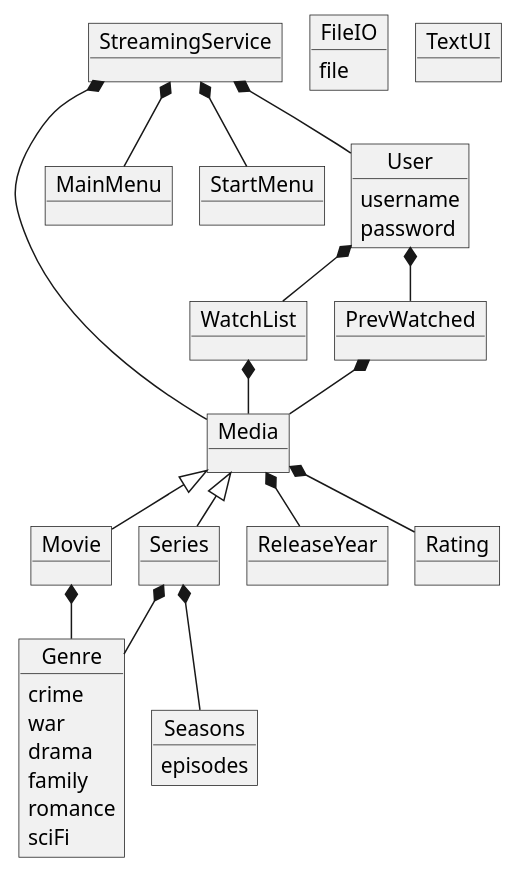
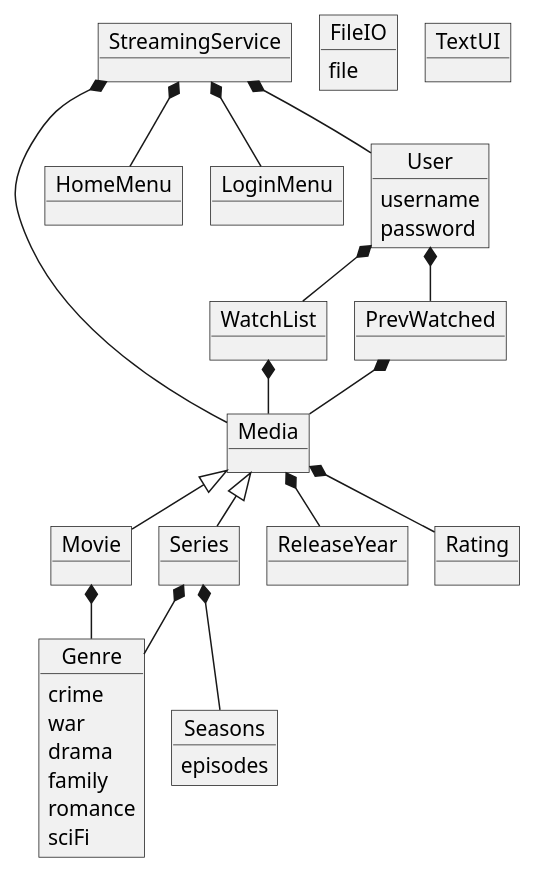
The diagram in doc/domainmodel/domain v1.puml (EmilDagsberg/SP3), drawn with PlantUML before and after one commit.

Commit message:
Domainmodel

```diff
--- a/doc/domainmodel/domain v1.puml
+++ b/doc/domainmodel/domain v1.puml
@@ -1,60 +1,61 @@
 @startuml
 !pragma layout smetana
 'https://plantuml.com/sequence-diagram
 
 object StreamingService
 
 object Media
 
-object MainMenu
-object StartMenu
+object HomeMenu
+object LoginMenu
 object Movie
 object Series
 object Genre
 Genre : crime
 Genre : war
 Genre : drama
 Genre : family
 Genre : romance
 Genre : sciFi
 object Seasons
 Seasons : episodes
 object ReleaseYear
 object Rating
 object User
 User : username
 User : password
 object WatchList
 object PrevWatched
 
 
 
 
 
 object FileIO
 FileIO : file
 object TextUI
 
 
 
 
 StreamingService *-- Media
-StreamingService *-- MainMenu
-StreamingService *-- StartMenu
+StreamingService *-- HomeMenu
+StreamingService *-- LoginMenu
 StreamingService *-- User
 Media <|-- Movie
 Media <|-- Series
 Movie *-- Genre
 Series *-- Genre
 Series *-- Seasons
 Media *-- Rating
 Media *-- ReleaseYear
 User *-- PrevWatched
 User *-- WatchList
 WatchList *-- Media
 PrevWatched *-- Media
 
 
 
 
+
 @enduml
```
